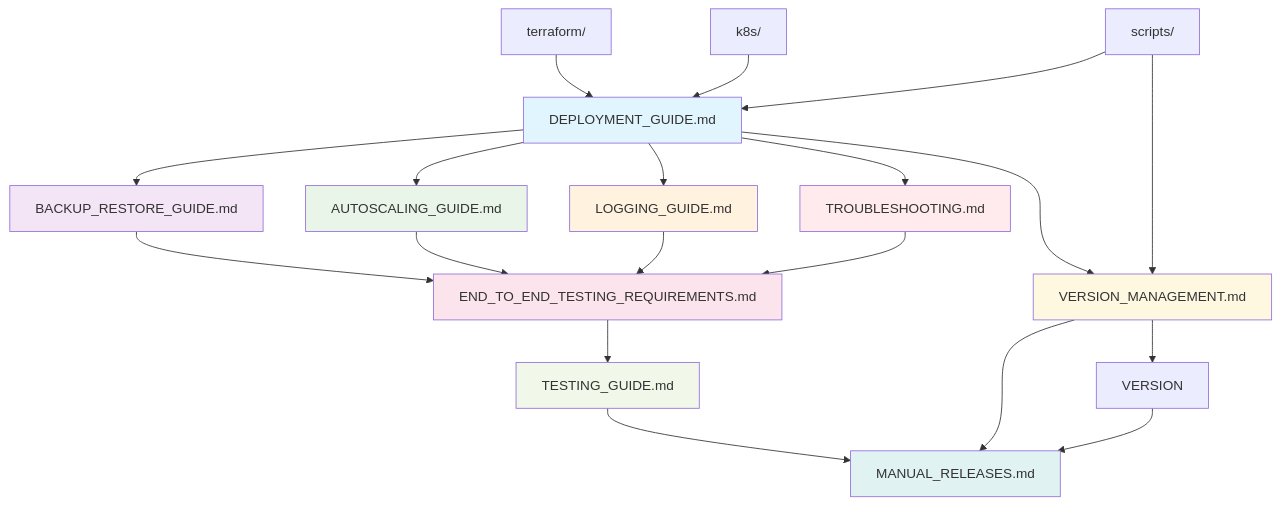
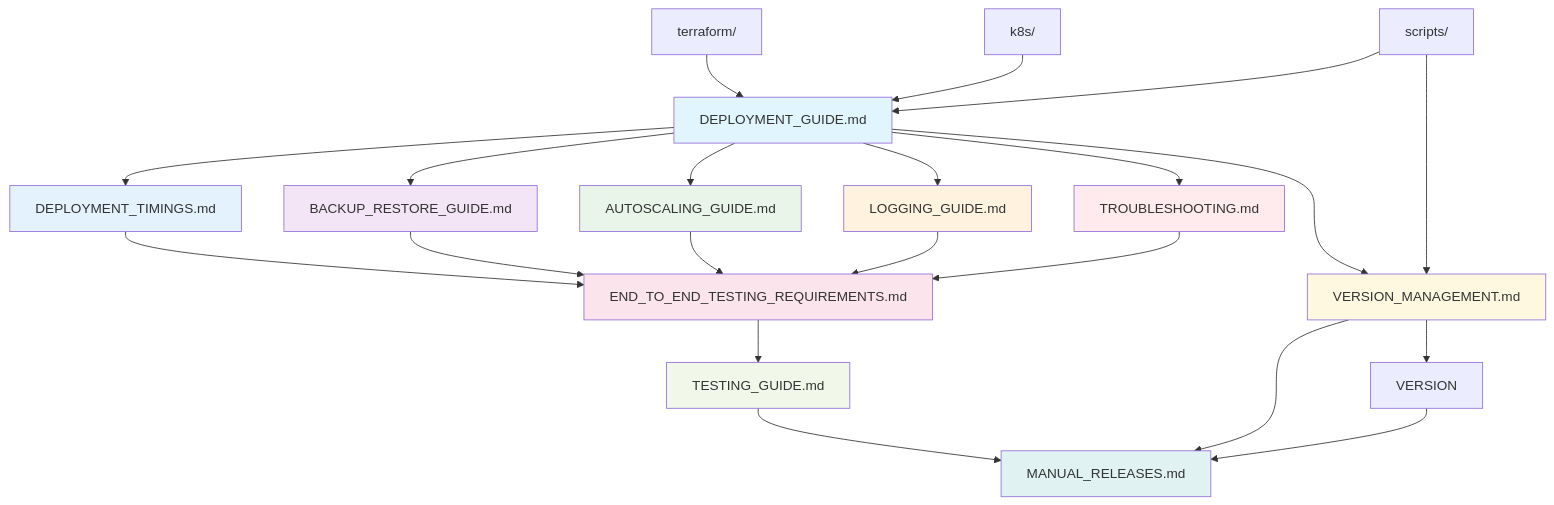
The diagram in docs/README.md (Jmevorach/openemr-on-eks), drawn with Mermaid before and after one commit. The commit also changed other lines of this file and 53 other files, not shown here.

````diff
--- a/docs/README.md
+++ b/docs/README.md
@@ -49,35 +51,38 @@
 ```mermaid
 graph TD
-    A[DEPLOYMENT_GUIDE.md] --> B[BACKUP_RESTORE_GUIDE.md]
+    A[DEPLOYMENT_GUIDE.md] --> A1[DEPLOYMENT_TIMINGS.md]
+    A --> B[BACKUP_RESTORE_GUIDE.md]
     A --> C[AUTOSCALING_GUIDE.md]
     A --> D[LOGGING_GUIDE.md]
     A --> E[TROUBLESHOOTING.md]
 
-    B --> F[END_TO_END_TESTING_REQUIREMENTS.md]
+    A1 --> F[END_TO_END_TESTING_REQUIREMENTS.md]
+    B --> F
     C --> F
     D --> F
     E --> F
 
     F --> G[TESTING_GUIDE.md]
     G --> H[MANUAL_RELEASES.md]
 
     A --> M[VERSION_MANAGEMENT.md]
     M --> H
     M --> I[VERSION]
     L[scripts/] --> M
 
     I --> H
     J[terraform/] --> A
     K[k8s/] --> A
     L[scripts/] --> A
 
     style A fill:#e1f5fe
+    style A1 fill:#e3f2fd
     style B fill:#f3e5f5
     style C fill:#e8f5e8
     style D fill:#fff3e0
     style E fill:#ffebee
     style F fill:#fce4ec
     style G fill:#f1f8e9
     style H fill:#e0f2f1
     style M fill:#fff8e1
 ```
````
